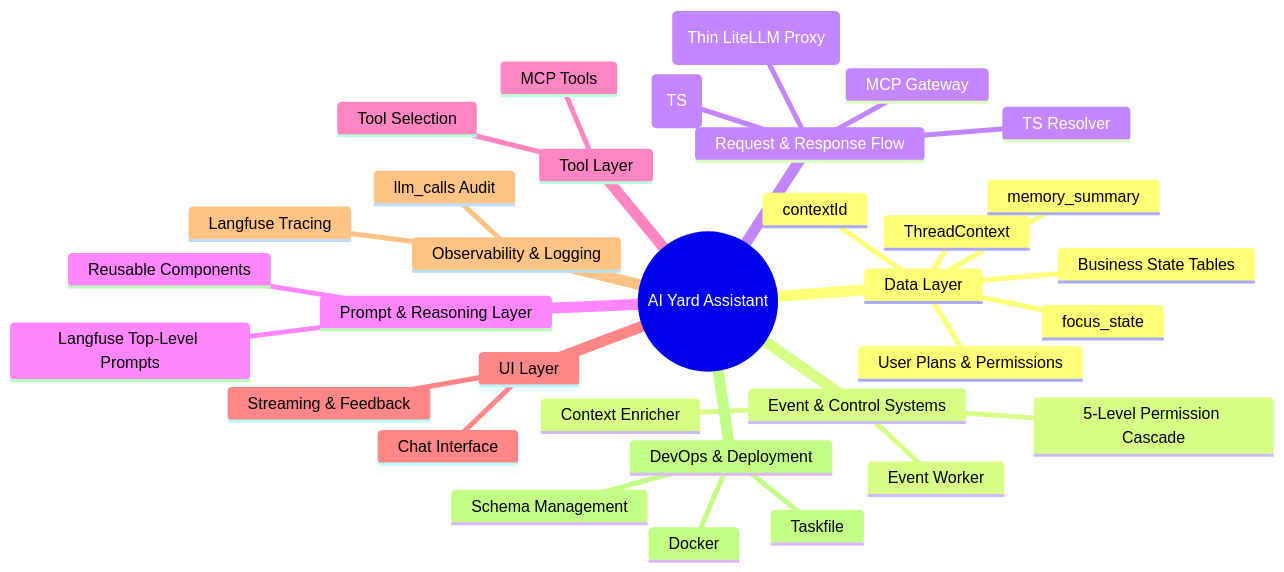
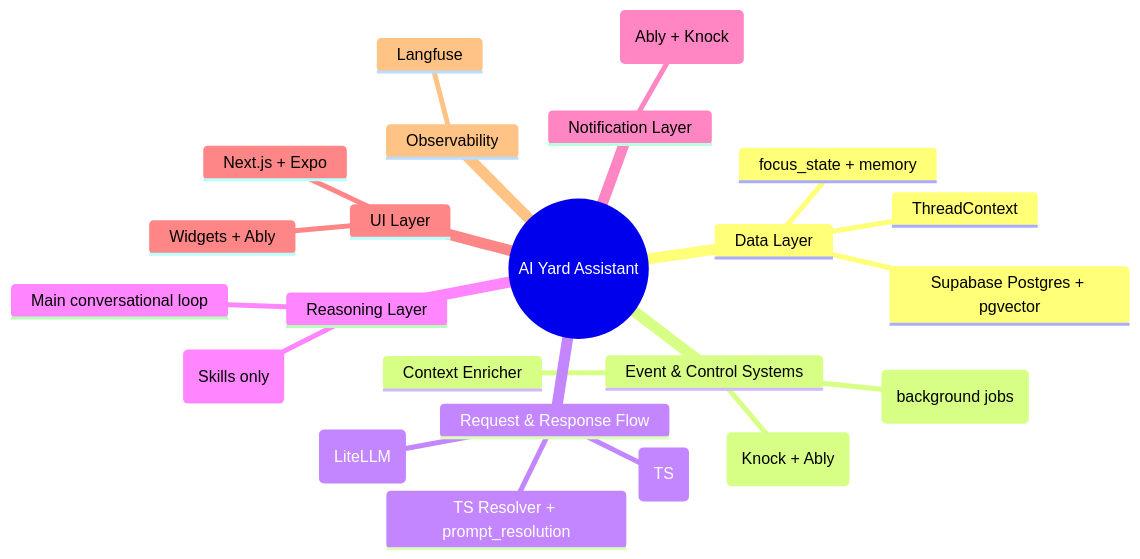
One commit to cvillej/recycler-ai changed the diagram in docs/architecture.md. Above: the diagram before and after it, drawn with Mermaid. The commit also changed other lines of this file and 32 other files, not shown here.

````diff
--- a/docs/architecture.md
+++ b/docs/architecture.md
@@ -28,36 +38,26 @@
 ```mermaid
 mindmap
   root((AI Yard Assistant))
     Data Layer
-      contextId
+      Supabase Postgres + pgvector
       ThreadContext
-      focus_state
-      memory_summary
-      Business State Tables
-      User Plans & Permissions
+      focus_state + memory
     Event & Control Systems
-      Event Worker
+      Inngest (background jobs)
       Context Enricher
-      5-Level Permission Cascade
+      Notification Service (Knock + Ably)
     Request & Response Flow
       Chat Transport (TS)
-      TS Resolver
-      aiproxy (Thin LiteLLM Proxy)
-      MCP Gateway
-    Prompt & Reasoning Layer
-      Langfuse Top-Level Prompts
-      Reusable Components
-    Tool Layer
-      MCP Tools
-      Tool Selection
+      TS Resolver + prompt_resolution
+      aiproxy (LiteLLM)
+    Reasoning Layer
+      LangGraph (Skills only)
+      Main conversational loop
+    Notification Layer
+      Hybrid (Ably + Knock)
     UI Layer
-      Chat Interface
-      Streaming & Feedback
-    Observability & Logging
-      Langfuse Tracing
-      llm_calls Audit
-    DevOps & Deployment
-      Taskfile
-      Docker
-      Schema Management
+      Next.js + Expo
+      Widgets + Ably
+    Observability
+      Langfuse
 ```
````
